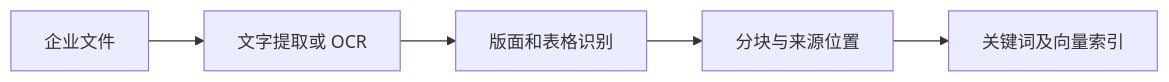
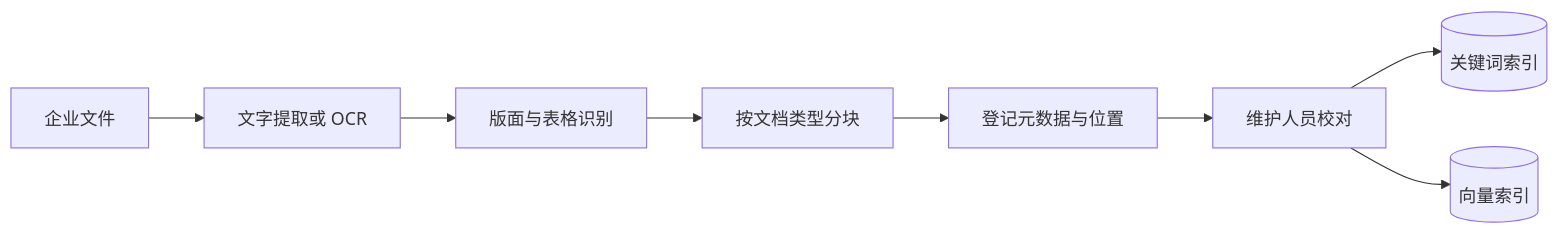
Before and after one commit to xmili233/enterprise-knowledge-agent: the diagram in src/content/design/ingestion.md, drawn with Mermaid. The commit also changed other lines of this file and 38 other files, not shown here.

````diff
--- a/src/content/design/ingestion.md
+++ b/src/content/design/ingestion.md
@@ -5,7 +7,10 @@
 ```mermaid
 flowchart LR
   A[企业文件] --> B[文字提取或 OCR]
-  B --> C[版面和表格识别]
-  C --> D[分块与来源位置]
-  D --> E[关键词及向量索引]
+  B --> C[版面与表格识别]
+  C --> D[按文档类型分块]
+  D --> E[登记元数据与位置]
+  E --> F[维护人员校对]
+  F --> G[(关键词索引)]
+  F --> H[(向量索引)]
 ```
````
